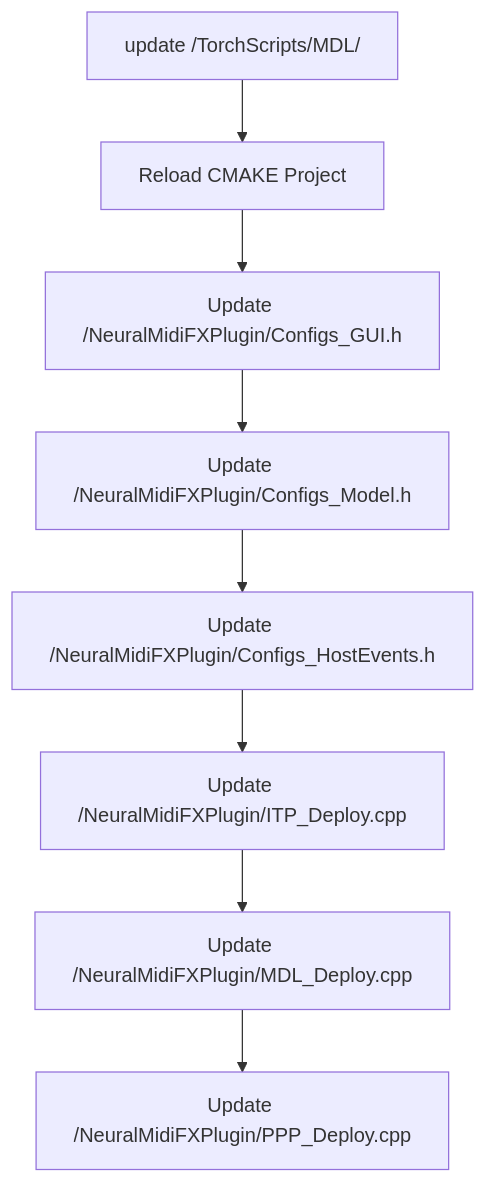
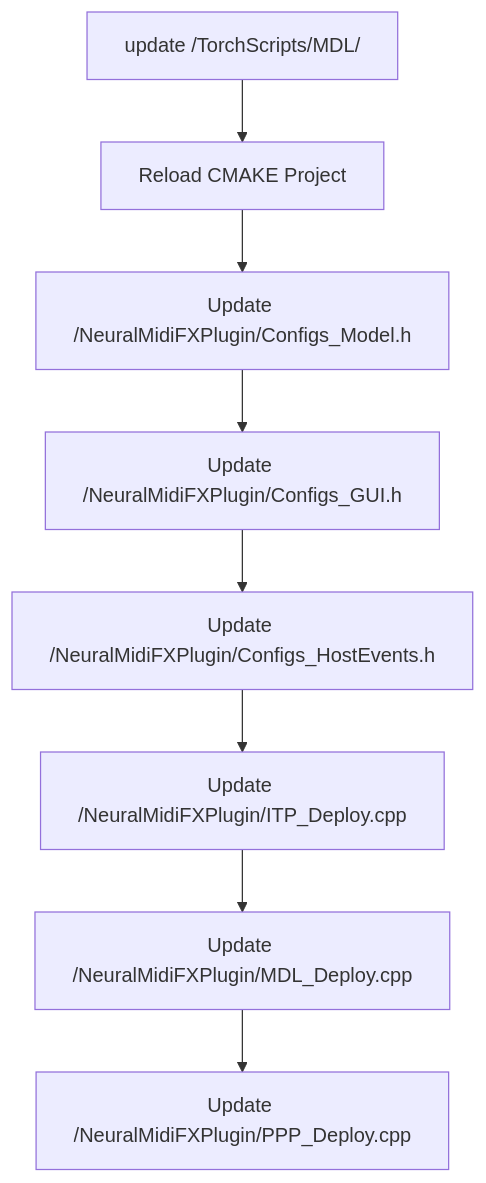
The diagram in docs/ImplementationCheckList.md (neuralmidifx/neuralmidifx.github.io), drawn with Mermaid before and after one commit. The commit also changed other lines of this file and 1 other file, not shown here.

````diff
--- a/docs/ImplementationCheckList.md
+++ b/docs/ImplementationCheckList.md
@@ -39,11 +44,11 @@
 ```mermaid
 graph TB
     A["update /TorchScripts/MDL/"] --> B["Reload CMAKE Project"]
-    B --> C["Update /NeuralMidiFXPlugin/Configs_GUI.h"]
-    C --> D["Update /NeuralMidiFXPlugin/Configs_Model.h"]
+    B --> C["Update /NeuralMidiFXPlugin/Configs_Model.h"]
+    C --> D["Update /NeuralMidiFXPlugin/Configs_GUI.h"]
     D --> E["Update /NeuralMidiFXPlugin/Configs_HostEvents.h"]
     E --> F["Update /NeuralMidiFXPlugin/ITP_Deploy.cpp"]
     F --> G["Update /NeuralMidiFXPlugin/MDL_Deploy.cpp"]
     G --> H["Update /NeuralMidiFXPlugin/PPP_Deploy.cpp"]
   
 ```
````
